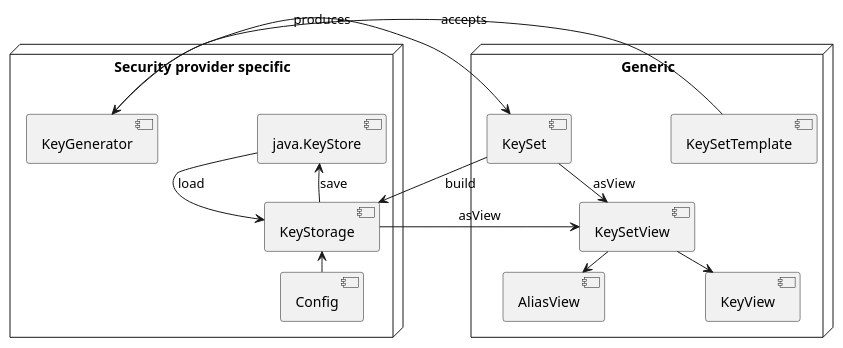
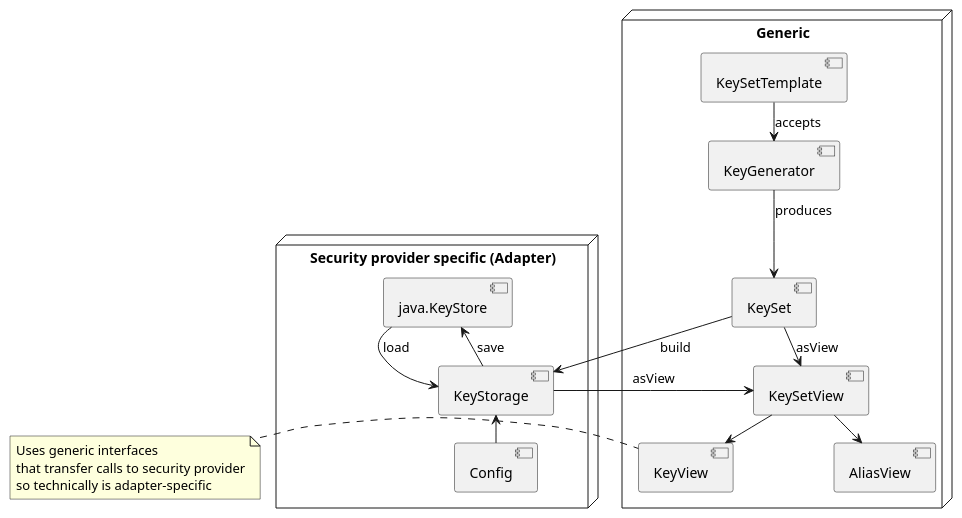
One commit to adorsys/keystore-management changed the diagram in docs/img/overview.puml. Above: the diagram before and after it, drawn with PlantUML. The commit also changed 28 other files, not shown here.

Commit message:
STS-2. Refactored template classes to comply with diagram

```diff
--- a/docs/img/overview.puml
+++ b/docs/img/overview.puml
@@ -1,30 +1,35 @@
 @startuml
 skinparam ranksep 20
 skinparam nodesep 100
 
 
-node "Security provider specific" as SPS {
-   [KeyGenerator]
+node "Security provider specific (Adapter)" as SPS {
    [java.KeyStore]
    [KeyStorage]
    [Config]
 }
 node "Generic" as G {
+    [KeyGenerator]
     [KeySetTemplate]
     [KeySet]
     [KeySetView]
     [AliasView]
     [KeyView]
 }
 
 KeySetTemplate --> KeyGenerator :accepts
+note left
+  Uses generic interfaces
+  that transfer calls to security provider
+  so technically is adapter-specific
+end note
 KeyGenerator --> KeySet :produces
 KeySet --> KeyStorage :build
 Config -up-> KeyStorage
 KeySet --> KeySetView :asView
 java.KeyStore -> KeyStorage :load
 KeyStorage --> java.KeyStore :save
 KeyStorage --> KeySetView :asView
 KeySetView --> AliasView
 KeySetView --> KeyView
 @enduml
```
